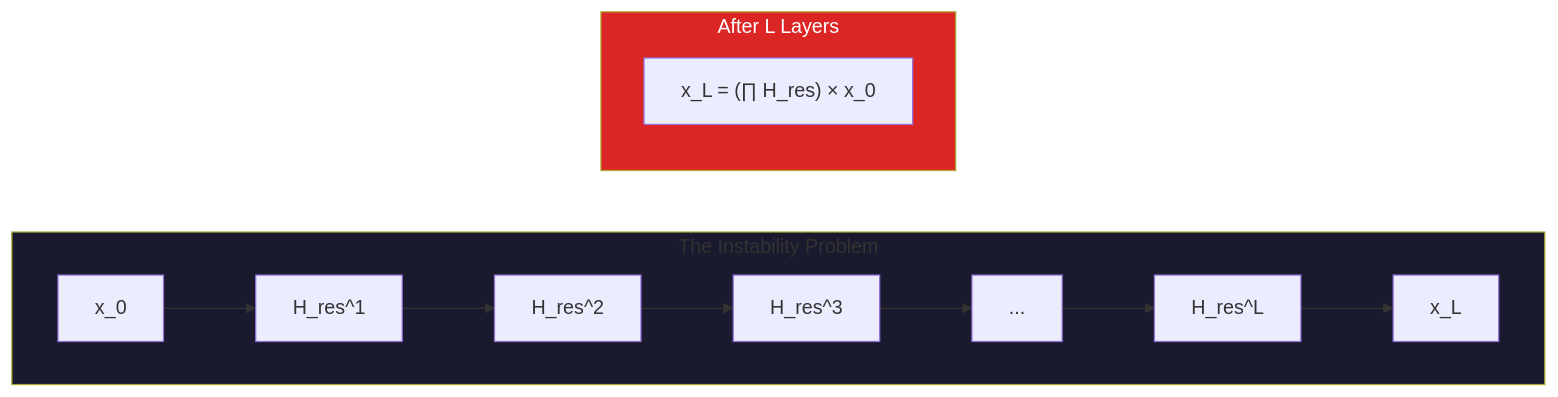
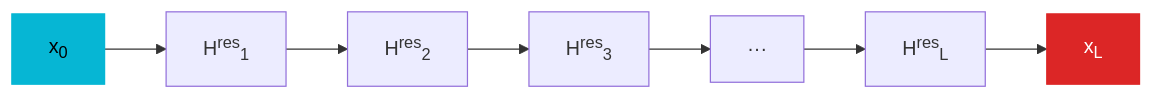
The fourth of 11 diagrams in _posts/2026-01-06-manifold-constrained-hyper-connections.md (sandeeppandey456/sandeeppandey456.github.io), drawn with Mermaid before and after one commit. The commit also changed other lines of this file, not shown here.

```diff
--- a/_posts/2026-01-06-manifold-constrained-hyper-connections.md
+++ b/_posts/2026-01-06-manifold-constrained-hyper-connections.md
@@ -151,14 +248,12 @@
 <div class="mermaid">
-flowchart LR
-    subgraph Problem["The Instability Problem"]
-        direction LR
-        x0[x_0] --> H1[H_res^1] --> H2[H_res^2] --> H3[H_res^3] --> dots[...] --> HL[H_res^L] --> xL[x_L]
-    end
+graph LR
+    x0["x<sub>0</sub>"] --> H1["H<sup>res</sup><sub>1</sub>"]
+    H1 --> H2["H<sup>res</sup><sub>2</sub>"]
+    H2 --> H3["H<sup>res</sup><sub>3</sub>"]
+    H3 --> dots["···"]
+    dots --> HL["H<sup>res</sup><sub>L</sub>"]
+    HL --> xL["x<sub>L</sub>"]
     
-    subgraph Result["After L Layers"]
-        product["x_L = (∏ H_res) × x_0"]
-    end
-    
-    style Problem fill:#1a1a2e
-    style Result fill:#dc2626,color:#fff
+    style x0 fill:#06b6d4,stroke:#06b6d4,color:#000
+    style xL fill:#dc2626,stroke:#dc2626,color:#fff
 </div>
```
